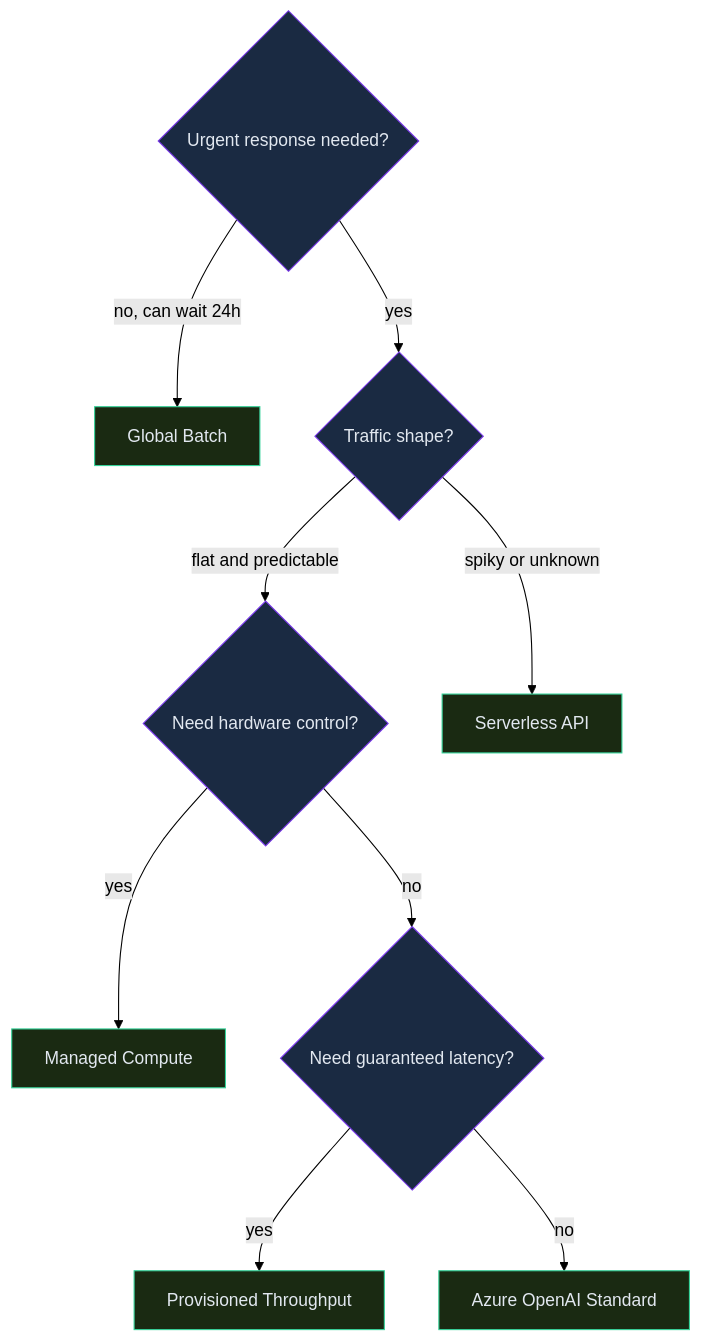
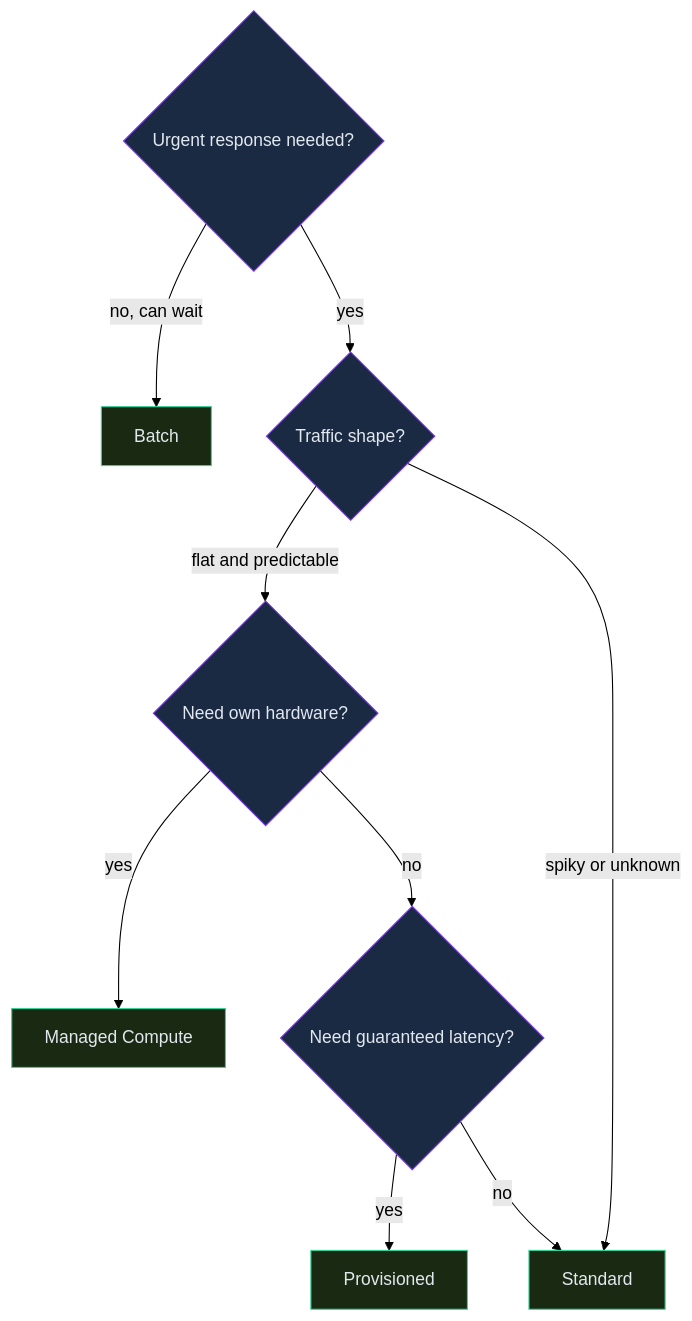
Before and after one commit to ajeetchouksey/ajch_skillup: the diagram in content/skillup/azure-ai-foundry/notes/azure-ai-foundry-m1-l2-deployment-sdks-prompt-flow.md, drawn with Mermaid (forest theme). The commit also changed other lines of this file and 157 other files, not shown here.

````diff
--- a/content/skillup/azure-ai-foundry/notes/azure-ai-foundry-m1-l2-deployment-sdks-prompt-flow.md
+++ b/content/skillup/azure-ai-foundry/notes/azure-ai-foundry-m1-l2-deployment-sdks-prompt-flow.md
@@ -36,16 +39,16 @@
 ```mermaid
 flowchart TD
   A{Urgent response needed?}
-  A -->|no, can wait 24h| B[Global Batch]
+  A -->|no, can wait| B[Batch]
   A -->|yes| C{Traffic shape?}
-  C -->|flat and predictable| D{Need hardware control?}
-  C -->|spiky or unknown| E[Serverless API]
+  C -->|flat and predictable| D{Need own hardware?}
+  C -->|spiky or unknown| E[Standard]
   D -->|yes| F[Managed Compute]
   D -->|no| G{Need guaranteed latency?}
-  G -->|yes| H[Provisioned Throughput]
-  G -->|no| I[Azure OpenAI Standard]
+  G -->|yes| H[Provisioned]
+  G -->|no| E
   classDef decision fill:#1a2a42,stroke:#7c3aed,color:#e2e8f0
   classDef outcome fill:#1a2a12,stroke:#34d399,color:#e2e8f0
   class A,C,D,G decision
-  class B,E,F,H,I outcome
+  class B,E,F,H outcome
 ```
````
